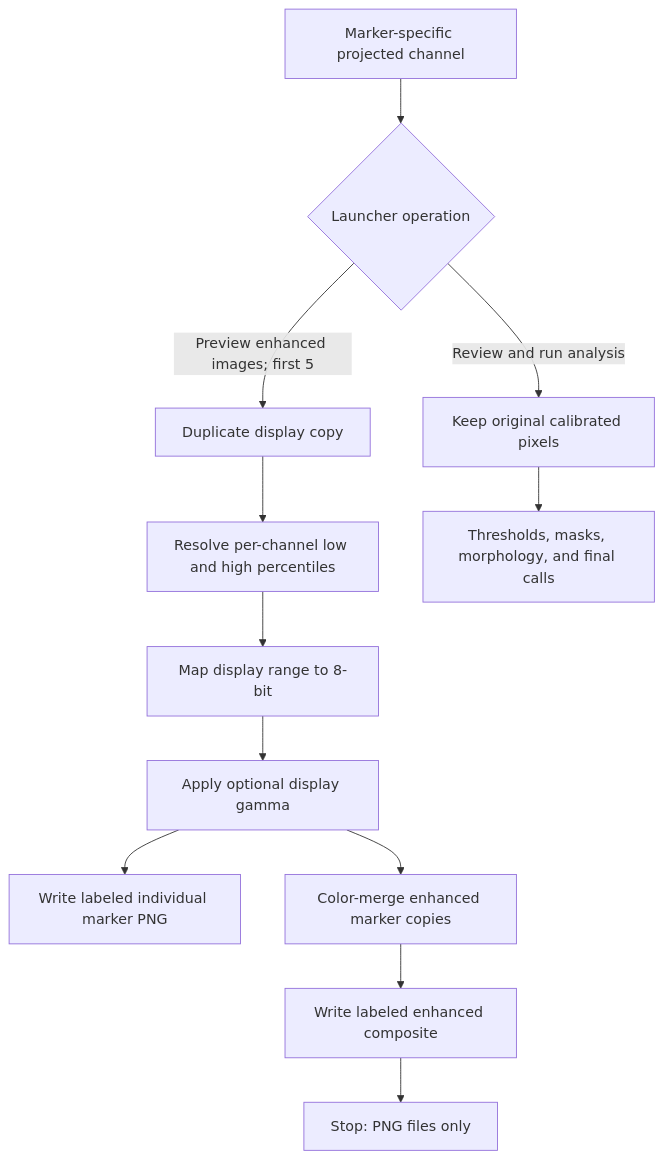
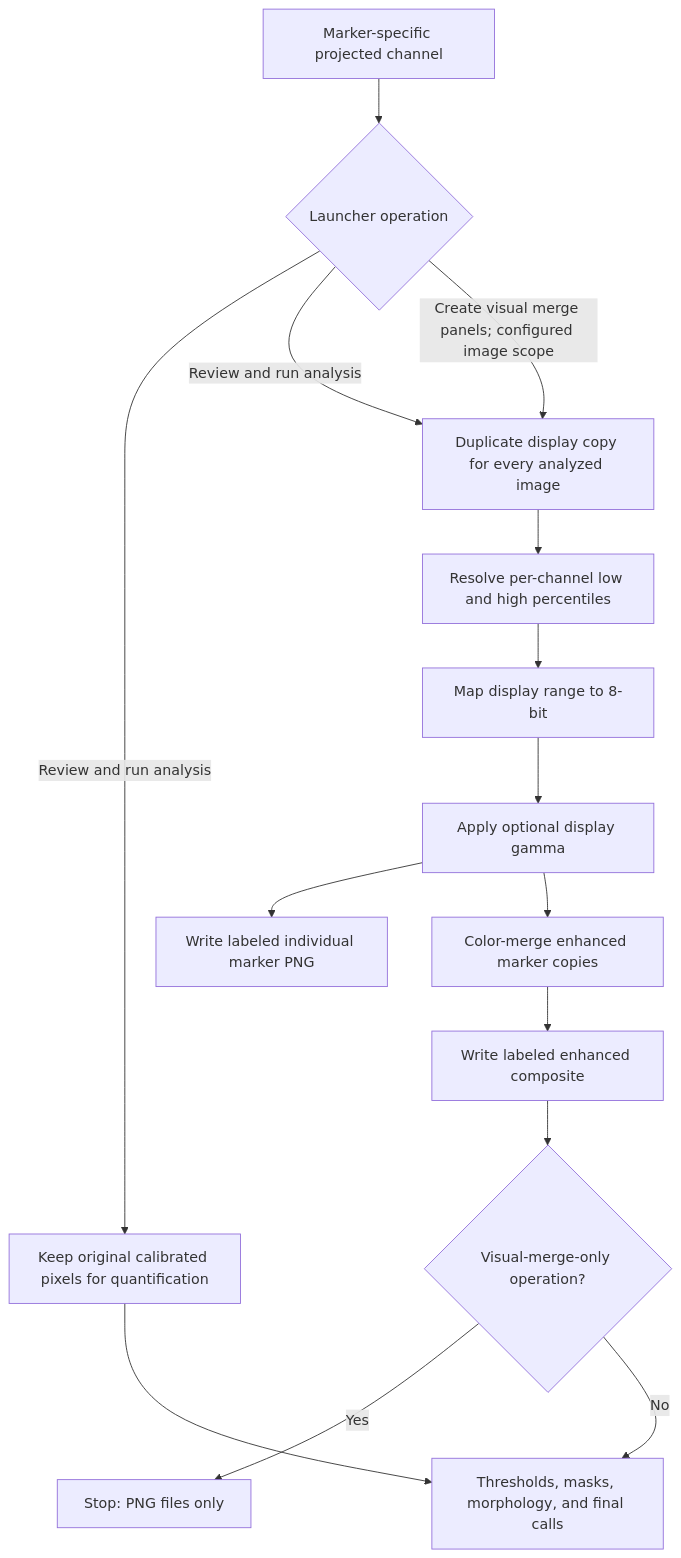
Before and after one commit to xorca0711/IFQuant-Lung: the fourth of 4 diagrams in WORKFLOW.md, drawn with Mermaid. The commit also changed other lines of this file and 12 other files, not shown here.

Commit message:
Export visual merge panels for complete runs

````diff
--- a/WORKFLOW.md
+++ b/WORKFLOW.md
@@ -279,14 +279,17 @@
 ```mermaid
 flowchart TD
     A[Marker-specific projected channel] --> P{Launcher operation}
-    P -->|Review and run analysis| B[Keep original calibrated pixels]
-    P -->|Preview enhanced images; first 5| C[Duplicate display copy]
+    P -->|Review and run analysis| B[Keep original calibrated pixels for quantification]
+    P -->|Review and run analysis| C[Duplicate display copy for every analyzed image]
+    P -->|Create visual merge panels; configured image scope| C
     C --> D[Resolve per-channel low and high percentiles]
     D --> E[Map display range to 8-bit]
     E --> F[Apply optional display gamma]
     F --> G[Write labeled individual marker PNG]
     F --> H[Color-merge enhanced marker copies]
     H --> I[Write labeled enhanced composite]
-    I --> Q[Stop: PNG files only]
+    I --> Q{Visual-merge-only operation?}
+    Q -->|Yes| R[Stop: PNG files only]
+    Q -->|No| J
     B --> J[Thresholds, masks, morphology, and final calls]
 ```
````
